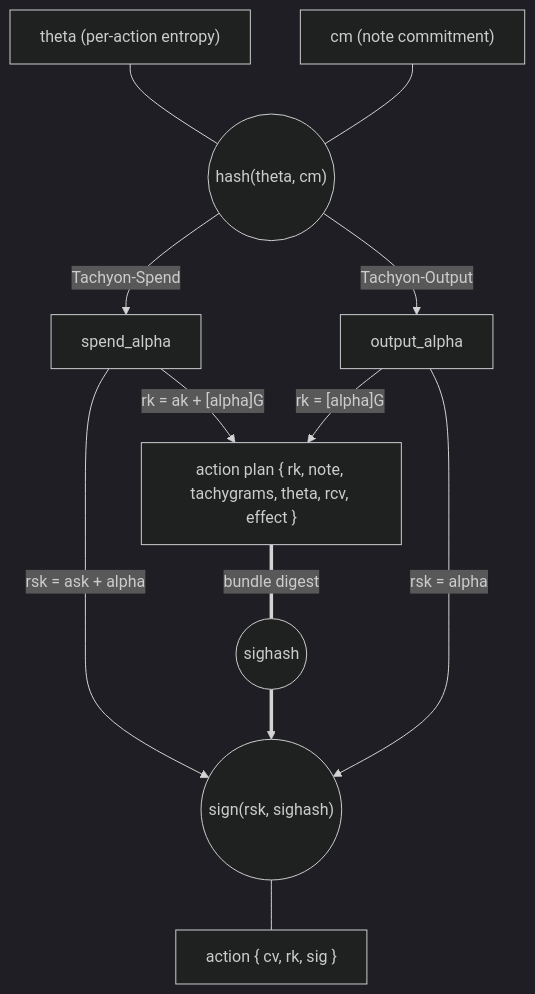
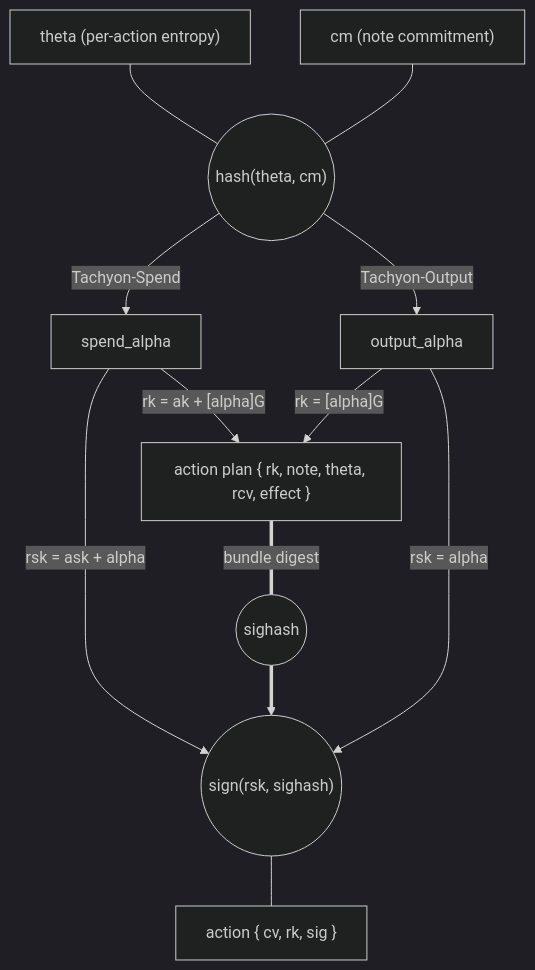
One commit to tachyon-zcash/tachyon changed the first of 3 diagrams in book/src/authorization.md. Above: the diagram before and after it, drawn with Mermaid (dark theme). The commit also changed other lines of this file and 8 other files, not shown here.

````diff
--- a/book/src/authorization.md
+++ b/book/src/authorization.md
@@ -12,24 +12,24 @@
 ```mermaid
 flowchart TB
     theta["theta (per-action entropy)"]
     cm["cm (note commitment)"]
     hash(("hash(theta, cm)"))
 
     theta & cm --- hash
 
     hash -->|"Tachyon-Spend"| spend_alpha
     hash -->|"Tachyon-Output"| output_alpha
 
     spend_alpha -->|"rk = ak + [alpha]G"| plan
     output_alpha -->|"rk = [alpha]G"| plan
 
-    plan["action plan { rk, note, tachygrams, theta, rcv, effect }"]
+    plan["action plan { rk, note, theta, rcv, effect }"]
     plan ===|"bundle digest"| sighash((sighash))
 
     spend_alpha -->|"rsk = ask + alpha"| sign
     sighash ==> sign
     output_alpha -->|"rsk = alpha"| sign
 
     sign(("sign(rsk, sighash)"))
     sign --- action["action { cv, rk, sig }"]
 ```
````
